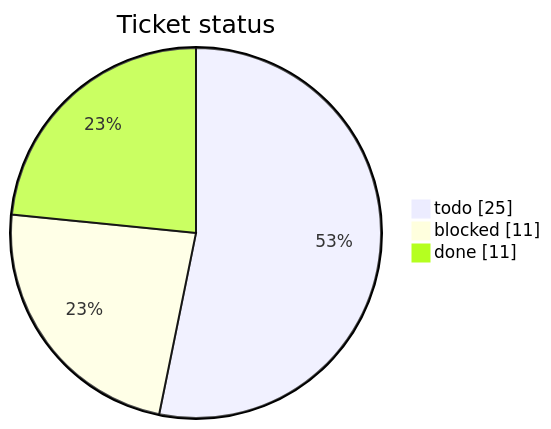
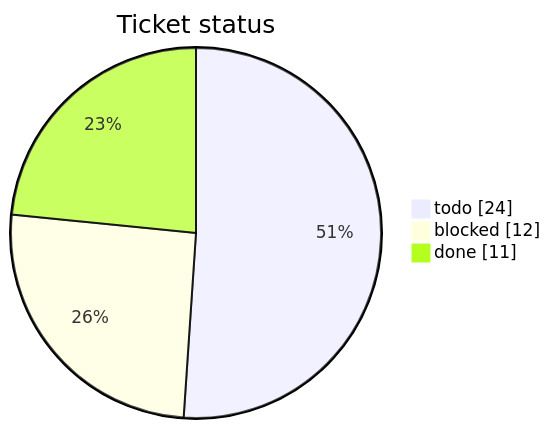
Before and after one commit to mohamed-soubhi/bootlab-esp: the first of 3 diagrams in tickets/TICKETS.md, drawn with Mermaid. The commit also changed other lines of this file and 6 other files, not shown here.

````diff
--- a/tickets/TICKETS.md
+++ b/tickets/TICKETS.md
@@ -11,6 +11,6 @@
 ```mermaid
 pie showData title Ticket status
-    "todo" : 25
-    "blocked" : 11
+    "todo" : 24
+    "blocked" : 12
     "done" : 11
 ```
````
